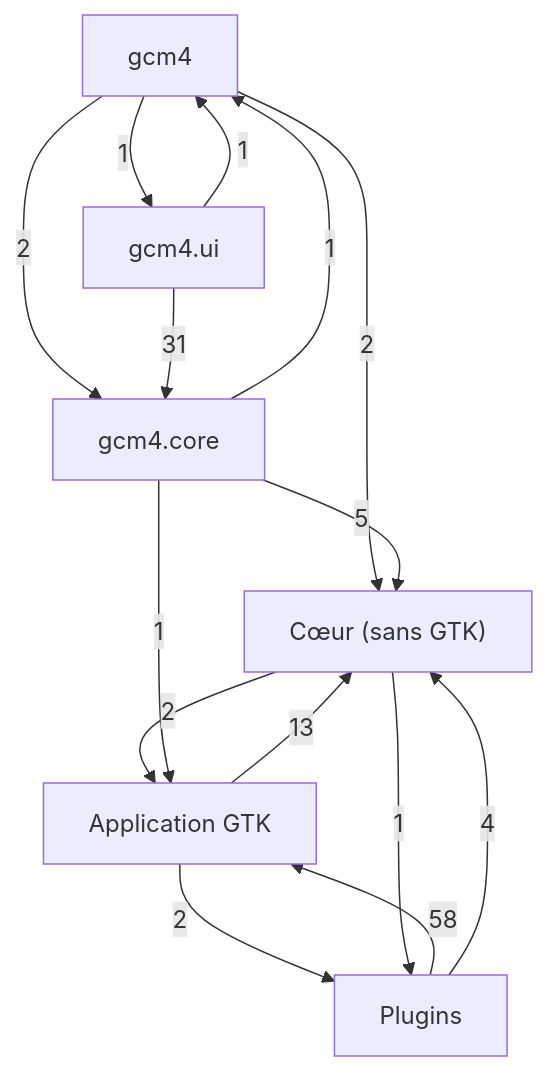
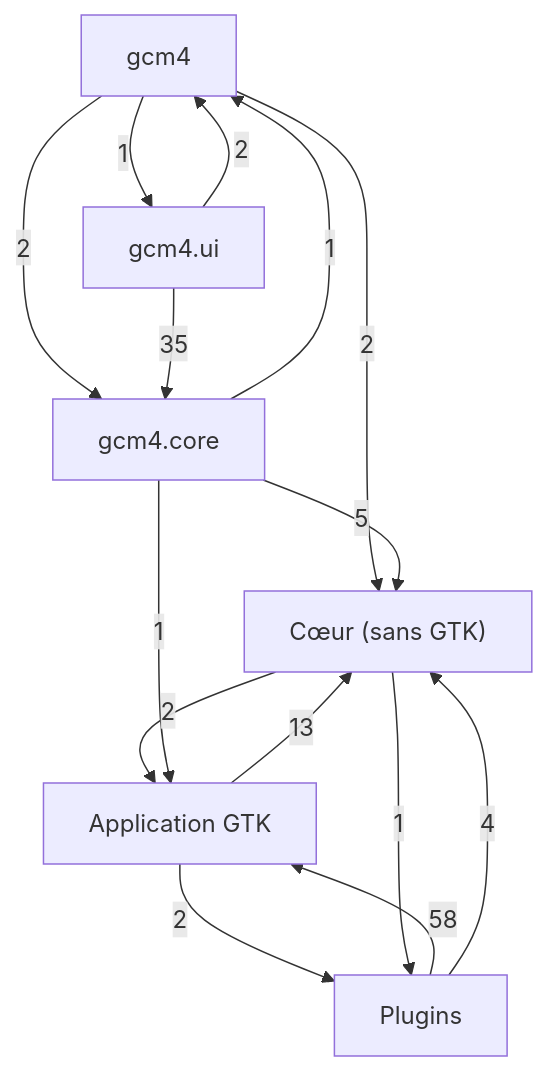
The first of 7 diagrams in docs/class-diagram.md (Mathide-Team/Gcm4), drawn with Mermaid before and after one commit. The commit also changed other lines of this file and 70 other files, not shown here.

````diff
--- a/docs/class-diagram.md
+++ b/docs/class-diagram.md
@@ -21,23 +21,23 @@
 ```mermaid
 flowchart TD
     g0["Cœur (sans GTK)"]
     g1["Application GTK"]
     g2["Plugins"]
     g3["gcm4"]
     g4["gcm4.core"]
     g5["gcm4.ui"]
     g1 -->|13| g0
     g1 -->|2| g2
     g0 -->|2| g1
     g0 -->|1| g2
     g2 -->|58| g1
     g2 -->|4| g0
     g3 -->|2| g0
     g3 -->|2| g4
     g3 -->|1| g5
     g4 -->|1| g1
     g4 -->|5| g0
     g4 -->|1| g3
-    g5 -->|1| g3
-    g5 -->|31| g4
+    g5 -->|2| g3
+    g5 -->|35| g4
 ```
````
